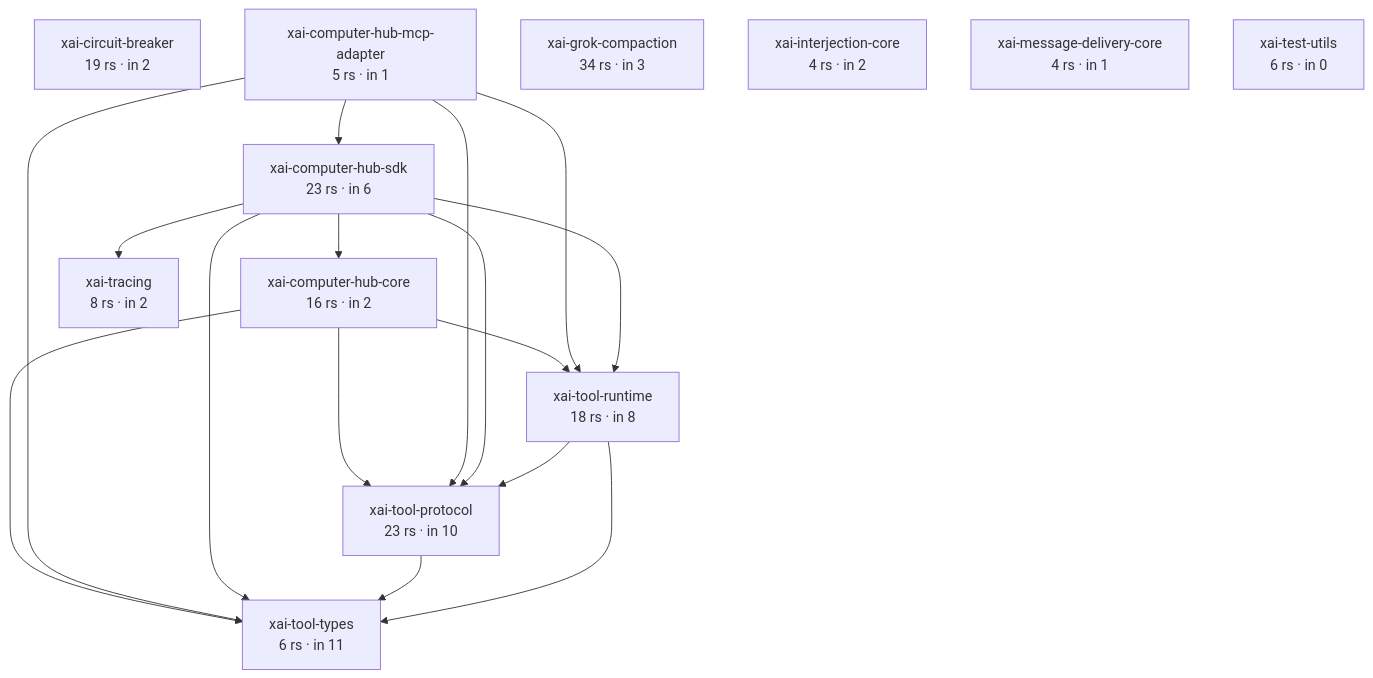
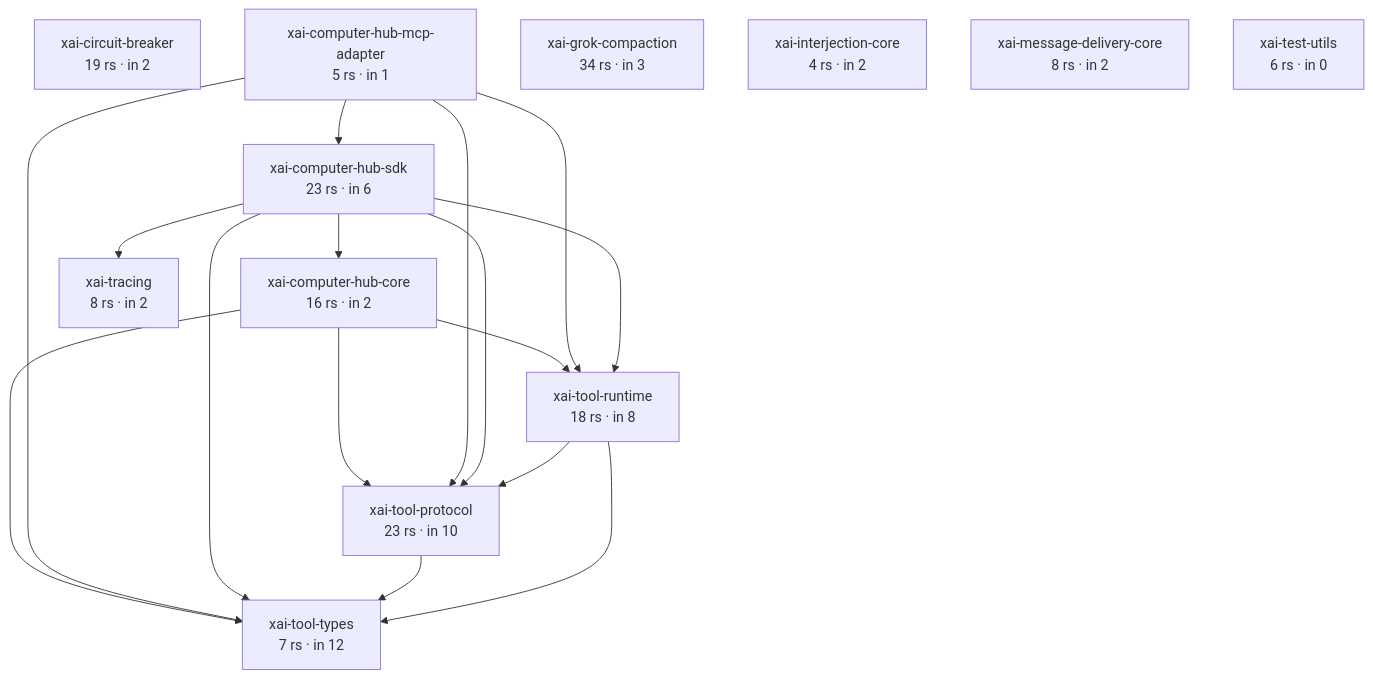
The third of 5 diagrams in docs/grok-build 架构图（自动生成）.md (2686521696/WhyBuddy), drawn with Mermaid before and after one commit. The commit also changed other lines of this file and 1 other file, not shown here.

Commit message:
docs(audit): record grok alignment and regenerate graphs

````diff
--- a/docs/grok-build 架构图（自动生成）.md
+++ b/docs/grok-build 架构图（自动生成）.md
@@ -216,30 +216,30 @@
 ```mermaid
 flowchart TB
   c_xai_circuit_breaker["xai-circuit-breaker<br/>19 rs · in 2"]
   c_xai_computer_hub_core["xai-computer-hub-core<br/>16 rs · in 2"]
   c_xai_computer_hub_mcp_adapter["xai-computer-hub-mcp-adapter<br/>5 rs · in 1"]
   c_xai_computer_hub_sdk["xai-computer-hub-sdk<br/>23 rs · in 6"]
   c_xai_grok_compaction["xai-grok-compaction<br/>34 rs · in 3"]
   c_xai_interjection_core["xai-interjection-core<br/>4 rs · in 2"]
-  c_xai_message_delivery_core["xai-message-delivery-core<br/>4 rs · in 1"]
+  c_xai_message_delivery_core["xai-message-delivery-core<br/>8 rs · in 2"]
   c_xai_test_utils["xai-test-utils<br/>6 rs · in 0"]
   c_xai_tool_protocol["xai-tool-protocol<br/>23 rs · in 10"]
   c_xai_tool_runtime["xai-tool-runtime<br/>18 rs · in 8"]
-  c_xai_tool_types["xai-tool-types<br/>6 rs · in 11"]
+  c_xai_tool_types["xai-tool-types<br/>7 rs · in 12"]
   c_xai_tracing["xai-tracing<br/>8 rs · in 2"]
   c_xai_computer_hub_core --> c_xai_tool_protocol
   c_xai_computer_hub_core --> c_xai_tool_runtime
   c_xai_computer_hub_core --> c_xai_tool_types
   c_xai_computer_hub_mcp_adapter --> c_xai_computer_hub_sdk
   c_xai_computer_hub_mcp_adapter --> c_xai_tool_protocol
   c_xai_computer_hub_mcp_adapter --> c_xai_tool_runtime
   c_xai_computer_hub_mcp_adapter --> c_xai_tool_types
   c_xai_computer_hub_sdk --> c_xai_computer_hub_core
   c_xai_computer_hub_sdk --> c_xai_tool_protocol
   c_xai_computer_hub_sdk --> c_xai_tool_runtime
   c_xai_computer_hub_sdk --> c_xai_tool_types
   c_xai_computer_hub_sdk --> c_xai_tracing
   c_xai_tool_protocol --> c_xai_tool_types
   c_xai_tool_runtime --> c_xai_tool_protocol
   c_xai_tool_runtime --> c_xai_tool_types
 ```
````
